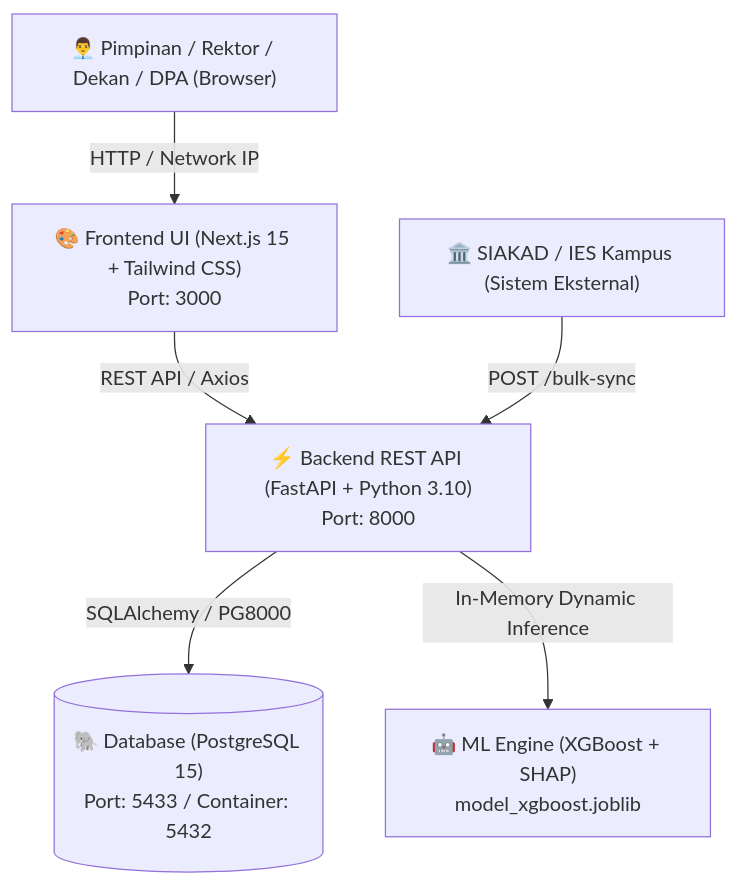
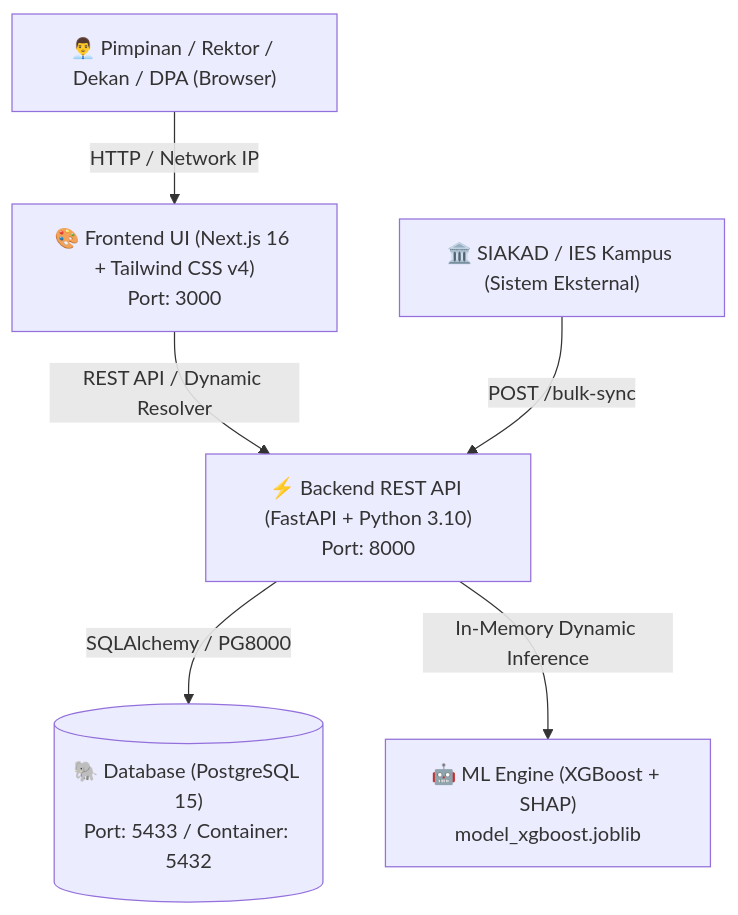
The first of 3 diagrams in DOCUMENTATION.md (wahyusatya/Prediksi-DO-XGBoost-SHAP_Magang), drawn with Mermaid before and after one commit. The commit also changed other lines of this file and 2 other files, not shown here.

````diff
--- a/DOCUMENTATION.md
+++ b/DOCUMENTATION.md
@@ -12,15 +12,15 @@
 ```mermaid
 graph TD
     User["👨‍💼 Pimpinan / Rektor / Dekan / DPA (Browser)"]
-    FE["🎨 Frontend UI (Next.js 15 + Tailwind CSS)<br/>Port: 3000"]
+    FE["🎨 Frontend UI (Next.js 16 + Tailwind CSS v4)<br/>Port: 3000"]
     BE["⚡ Backend REST API (FastAPI + Python 3.10)<br/>Port: 8000"]
     DB[("🐘 Database (PostgreSQL 15)<br/>Port: 5433 / Container: 5432")]
     ML["🤖 ML Engine (XGBoost + SHAP)<br/>model_xgboost.joblib"]
     SIAKAD["🏛️ SIAKAD / IES Kampus (Sistem Eksternal)"]
 
     User -->|HTTP / Network IP| FE
-    FE -->|REST API / Axios| BE
+    FE -->|REST API / Dynamic Resolver| BE
     SIAKAD -->|POST /bulk-sync| BE
     BE -->|SQLAlchemy / PG8000| DB
     BE -->|In-Memory Dynamic Inference| ML
 ```
````
